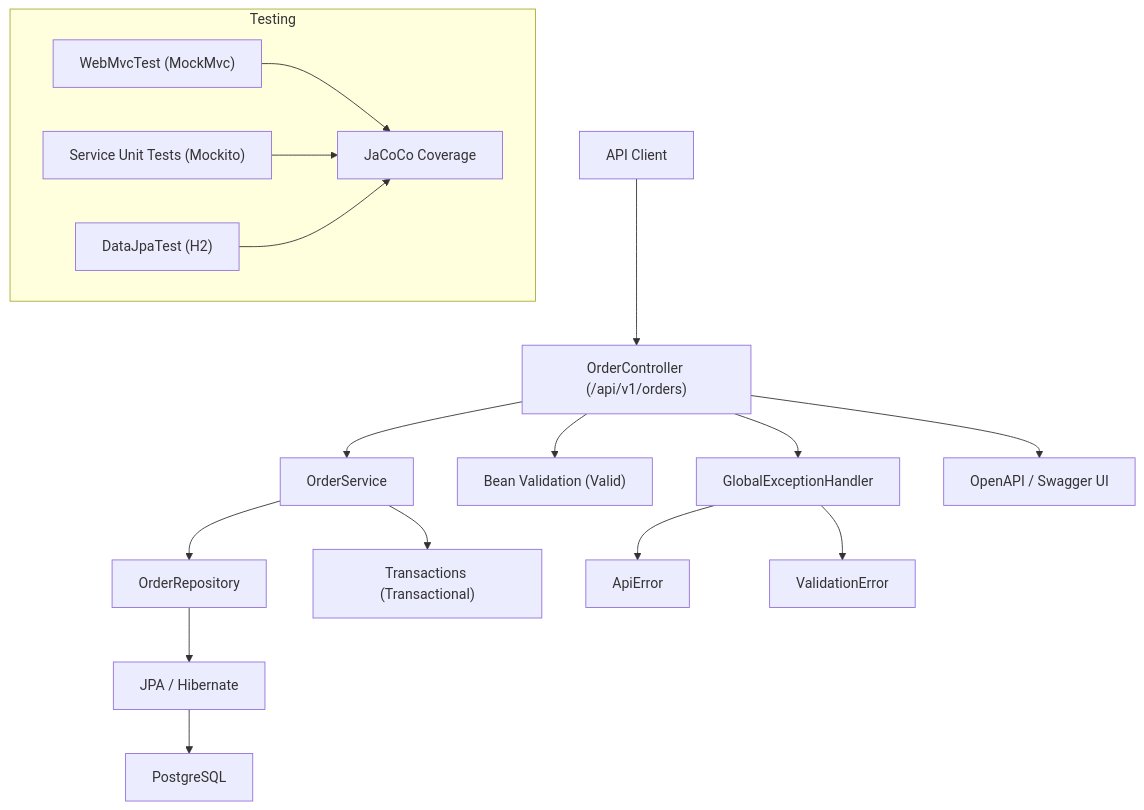
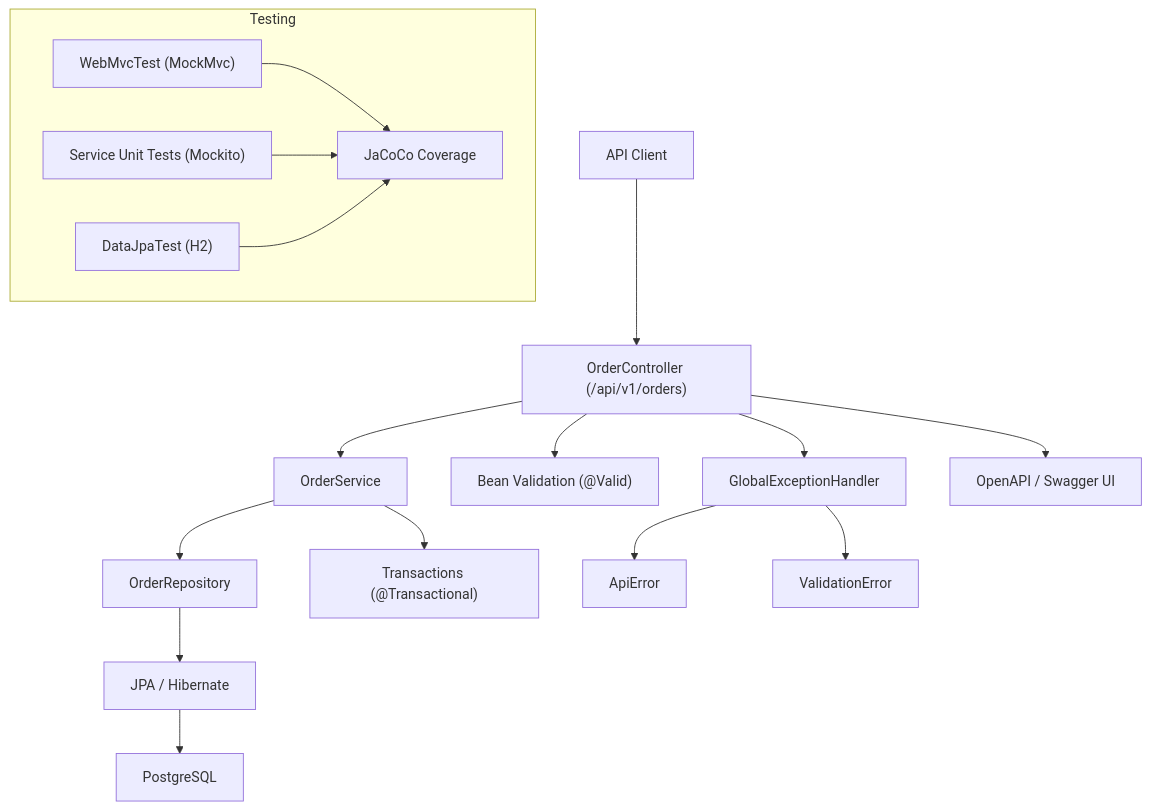
The second of 5 diagrams in README.md (ME-Massine/Orderflow), drawn with Mermaid before and after one commit. The commit also changed other lines of this file and 1 other file, not shown here.

````diff
--- a/README.md
+++ b/README.md
@@ -122,26 +105,26 @@
 ```mermaid
 flowchart TD
   client["API Client"] --> controller["OrderController (/api/v1/orders)"]
   controller --> service["OrderService"]
   service --> repo["OrderRepository"]
   repo --> jpa["JPA / Hibernate"]
   jpa --> db["PostgreSQL"]
 
-  controller --> validation["Bean Validation (Valid)"]
+  controller --> validation["Bean Validation (@Valid)"]
   controller --> exceptions["GlobalExceptionHandler"]
   exceptions --> apiError["ApiError"]
   exceptions --> validationError["ValidationError"]
 
   controller --> openapi["OpenAPI / Swagger UI"]
-  service --> tx["Transactions (Transactional)"]
+  service --> tx["Transactions (@Transactional)"]
 
   subgraph testing["Testing"]
     webmvc["WebMvcTest (MockMvc)"]
     unit["Service Unit Tests (Mockito)"]
     datajpa["DataJpaTest (H2)"]
     jacoco["JaCoCo Coverage"]
     webmvc --> jacoco
     unit --> jacoco
     datajpa --> jacoco
   end
 ```
````
